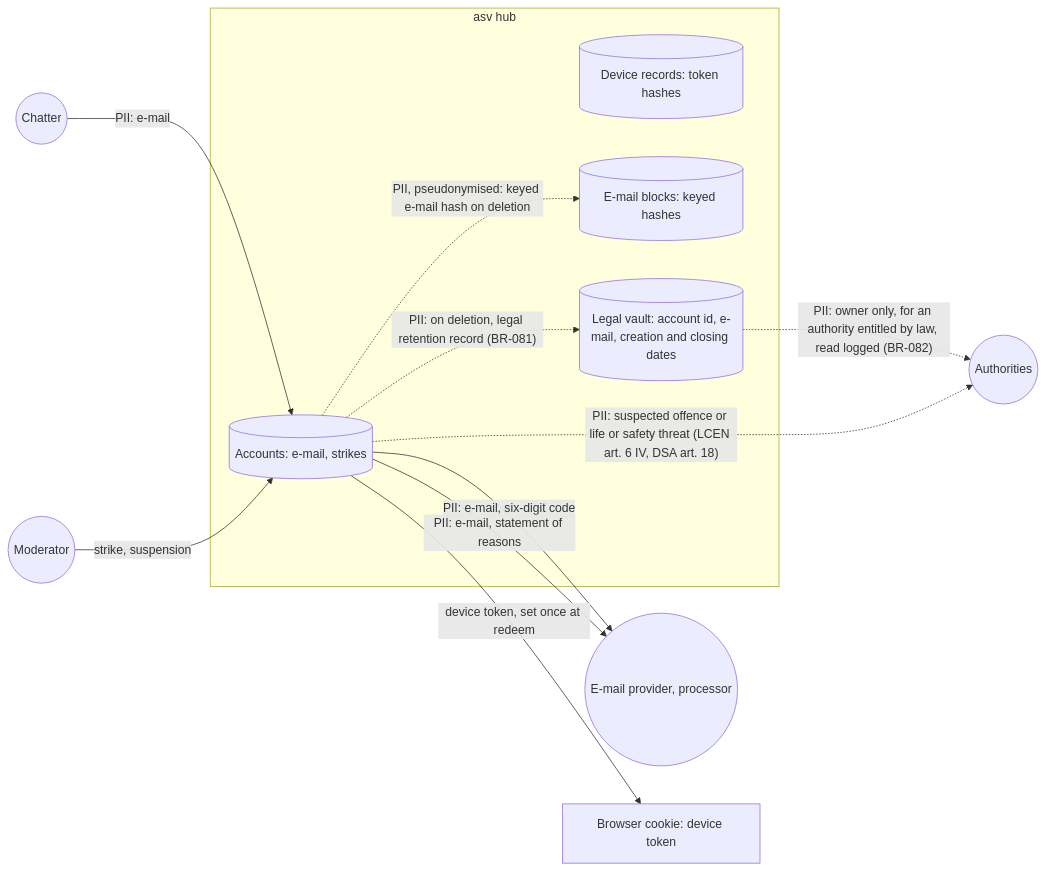
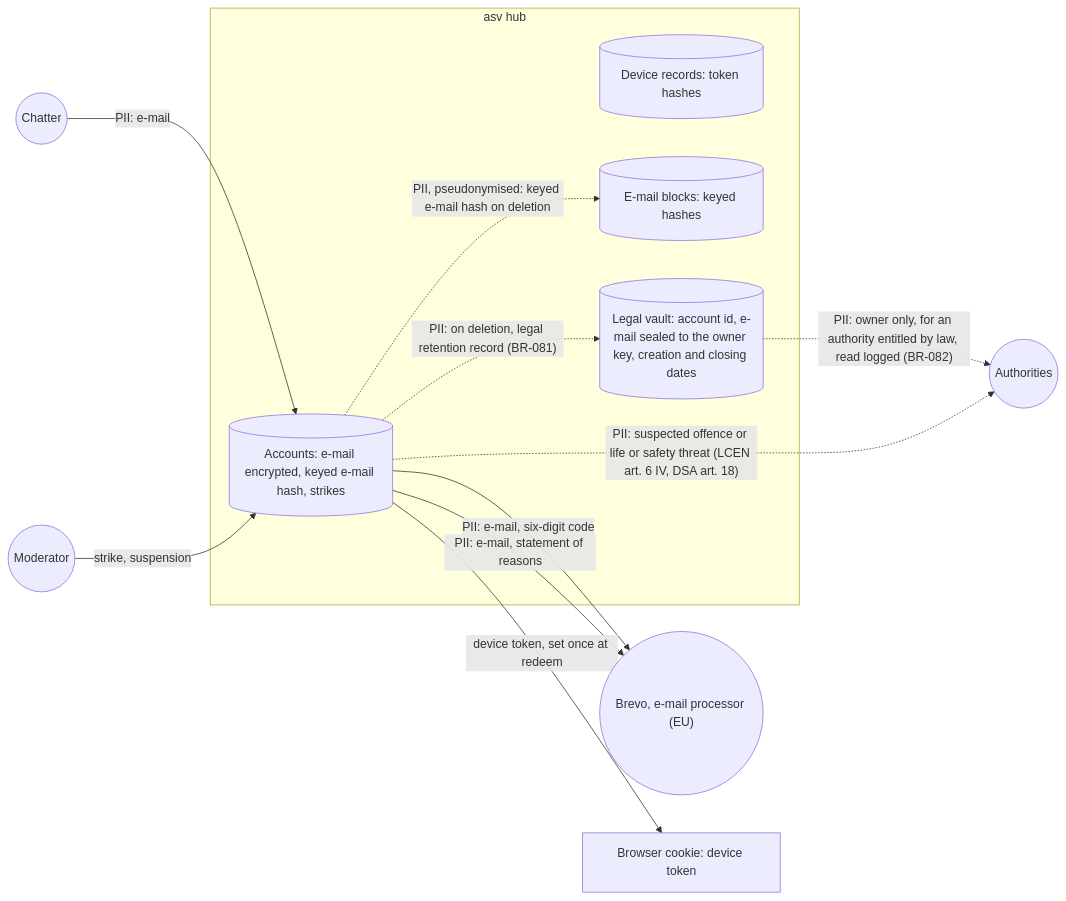
The diagram in docs/architecture/diagrams/accounts/06-data-flow.md (benoit-bremaud/asv), drawn with Mermaid before and after one commit. The commit also changed other lines of this file and 63 other files, not shown here.

First line of the commit message:
feat(accounts): brick 5 — e-mail code sign-in, device cookie, encryption at rest (#33)

````diff
--- a/docs/architecture/diagrams/accounts/06-data-flow.md
+++ b/docs/architecture/diagrams/accounts/06-data-flow.md
@@ -12,23 +12,23 @@
 ```mermaid
 flowchart LR
   Chatter(("Chatter"))
   Mod(("Moderator"))
-  MailProvider(("E-mail provider, processor"))
+  MailProvider(("Brevo, e-mail processor (EU)"))
   Authority(("Authorities"))
   subgraph asv ["asv hub"]
-    Acc[("Accounts: e-mail, strikes")]
+    Acc[("Accounts: e-mail encrypted, keyed e-mail hash, strikes")]
     Dev[("Device records: token hashes")]
     Blocks[("E-mail blocks: keyed hashes")]
-    Vault[("Legal vault: account id, e-mail, creation and closing dates")]
+    Vault[("Legal vault: account id, e-mail sealed to the owner key, creation and closing dates")]
   end
   Browser["Browser cookie: device token"]
   Chatter -->|"PII: e-mail"| Acc
   Acc -->|"PII: e-mail, six-digit code"| MailProvider
   Acc -->|"device token, set once at redeem"| Browser
   Mod -->|"strike, suspension"| Acc
   Acc -->|"PII: e-mail, statement of reasons"| MailProvider
   Acc -.->|"PII, pseudonymised: keyed e-mail hash on deletion"| Blocks
   Acc -.->|"PII: on deletion, legal retention record (BR-081)"| Vault
   Vault -.->|"PII: owner only, for an authority entitled by law, read logged (BR-082)"| Authority
   Acc -.->|"PII: suspected offence or life or safety threat (LCEN art. 6 IV, DSA art. 18)"| Authority
 ```
````
